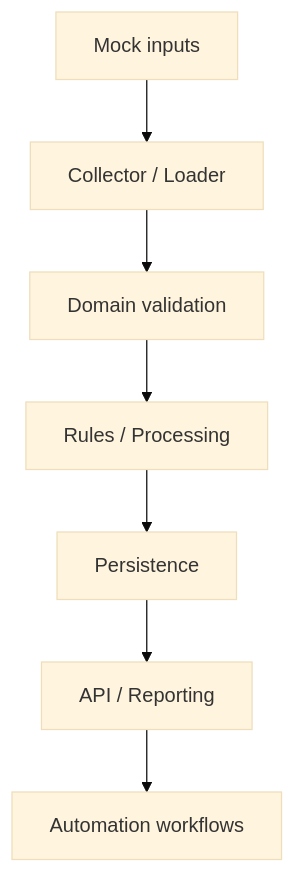
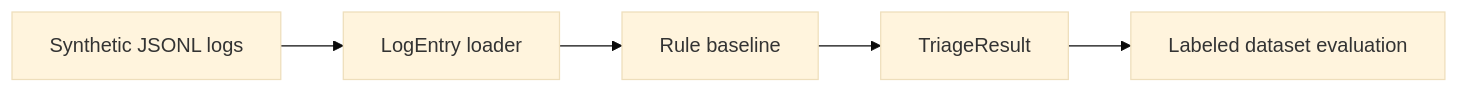
The diagram in docs/architecture.md (guilherme-lacerda-tech/ai-log-triage-lab), drawn with Mermaid (base theme) before and after one commit. The commit also changed other lines of this file and 8 other files, not shown here.

Commit message:
feat: strengthen deterministic triage baseline

````diff
--- a/docs/architecture.md
+++ b/docs/architecture.md
@@ -22,9 +9,7 @@
-    ```mermaid
-    flowchart TB
-        A["Mock inputs"] --> B["Collector / Loader"]
-        B --> C["Domain validation"]
-        C --> D["Rules / Processing"]
-        D --> E["Persistence"]
-        E --> F["API / Reporting"]
-        F --> G["Automation workflows"]
-    ```
+```mermaid
+flowchart LR
+    Logs["Synthetic JSONL logs"] --> Parser["LogEntry loader"]
+    Parser --> Baseline["Rule baseline"]
+    Baseline --> Result["TriageResult"]
+    Result --> Eval["Labeled dataset evaluation"]
+```
````
